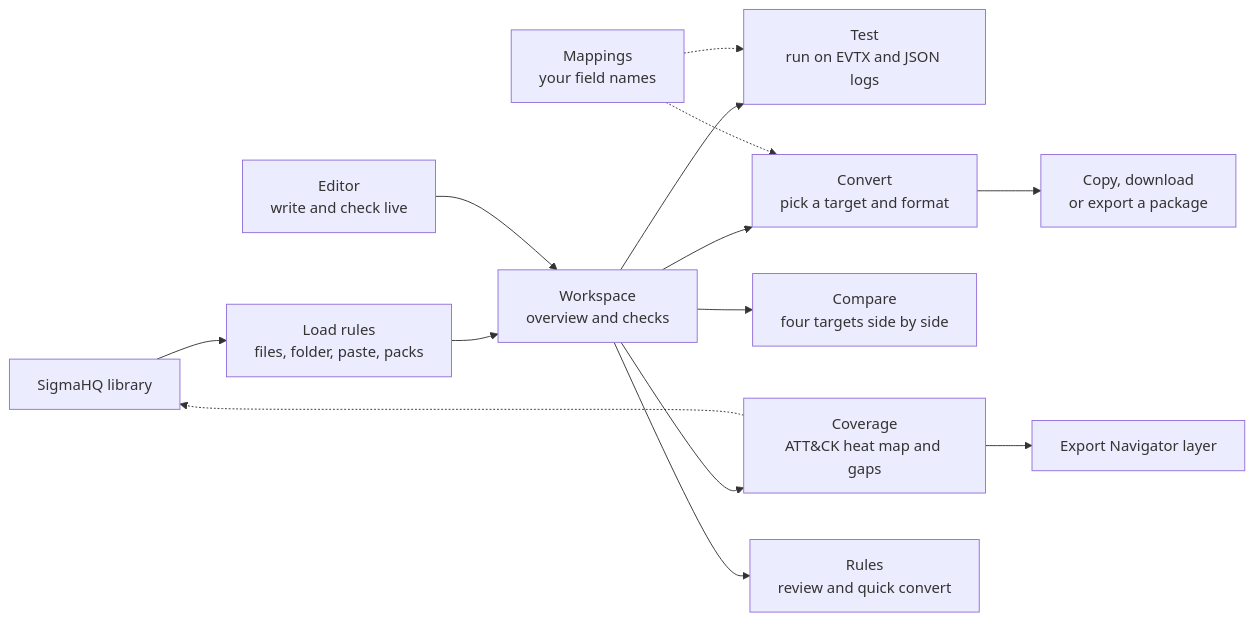
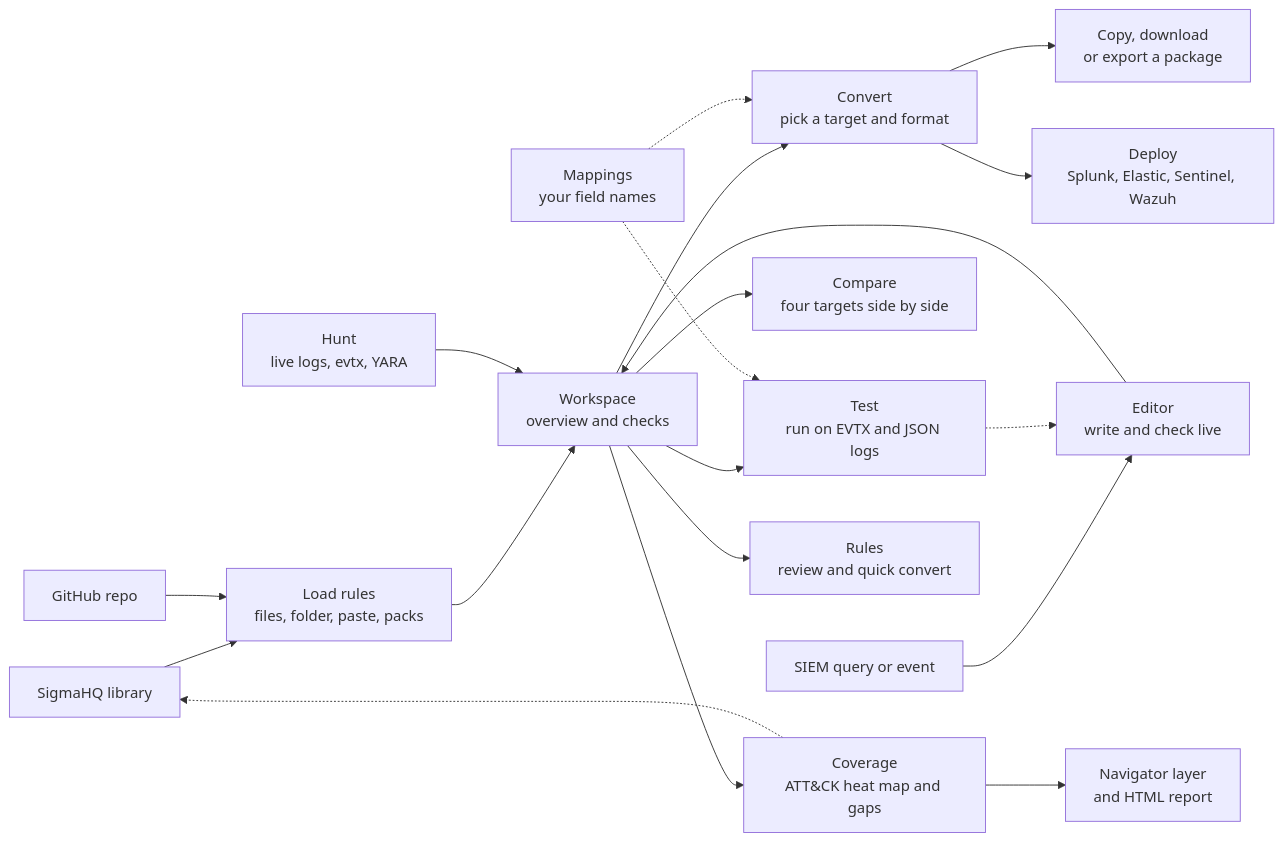
The first of 5 diagrams in README.md (qays3/Sigma-Forge), drawn with Mermaid before and after one commit. The commit also changed other lines of this file and 86 other files, not shown here.

Commit message:
Add hunting, YARA, query to rule, deploy and quality tools

````diff
--- a/README.md
+++ b/README.md
@@ -191,16 +241,21 @@
 ```mermaid
 flowchart LR
     L[SigmaHQ library] --> A
     A[Load rules<br/>files, folder, paste, packs] --> B[Workspace<br/>overview and checks]
     ED[Editor<br/>write and check live] --> B
     B --> T[Test<br/>run on EVTX and JSON logs]
     B --> C[Convert<br/>pick a target and format]
     B --> CP[Compare<br/>four targets side by side]
     B --> D[Coverage<br/>ATT&CK heat map and gaps]
     B --> E[Rules<br/>review and quick convert]
     M[Mappings<br/>your field names] -.-> C
     M -.-> T
     C --> F[Copy, download<br/>or export a package]
-    D --> G[Export Navigator layer]
+    C --> DP[Deploy<br/>Splunk, Elastic, Sentinel, Wazuh]
+    D --> G[Navigator layer<br/>and HTML report]
     D -.-> L
+    GH[GitHub repo] --> A
+    Q[SIEM query or event] --> ED
+    T -.-> ED
+    H[Hunt<br/>live logs, evtx, YARA] --> B
 ```
````
